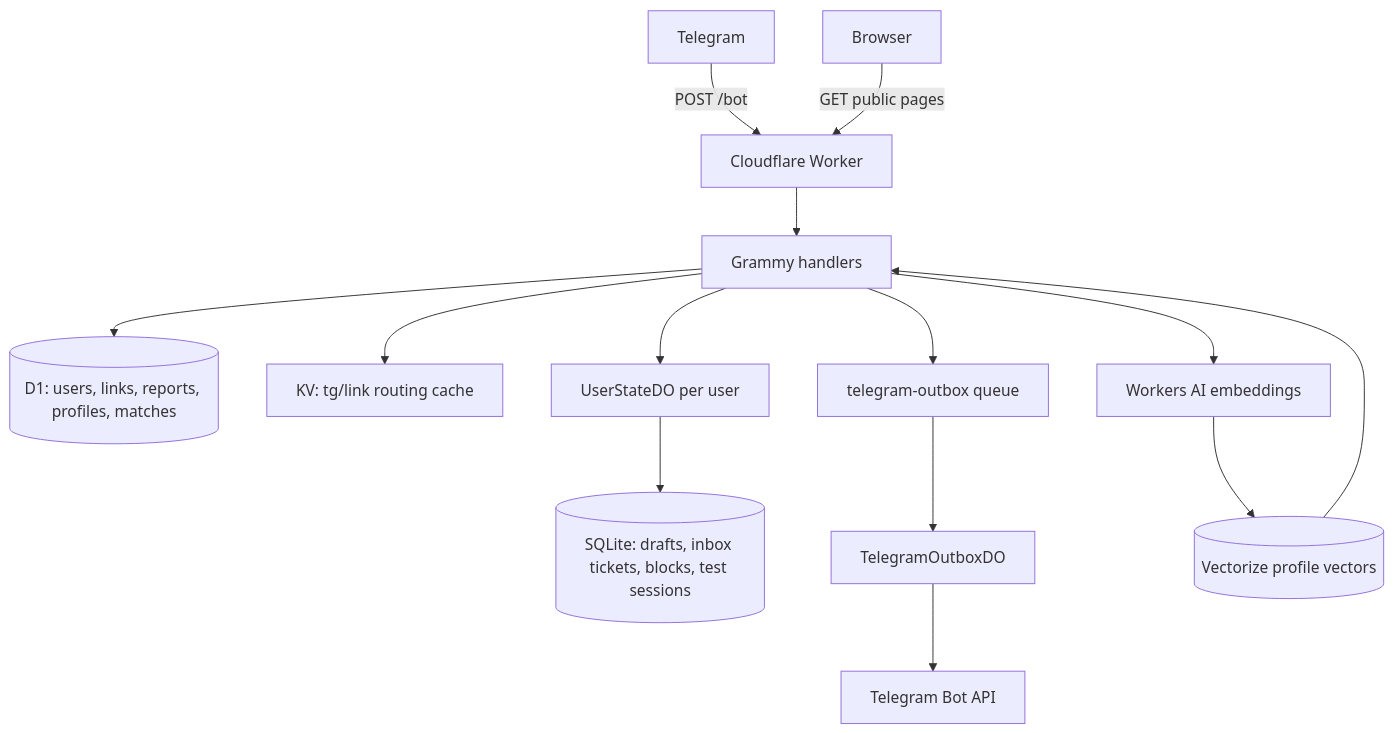
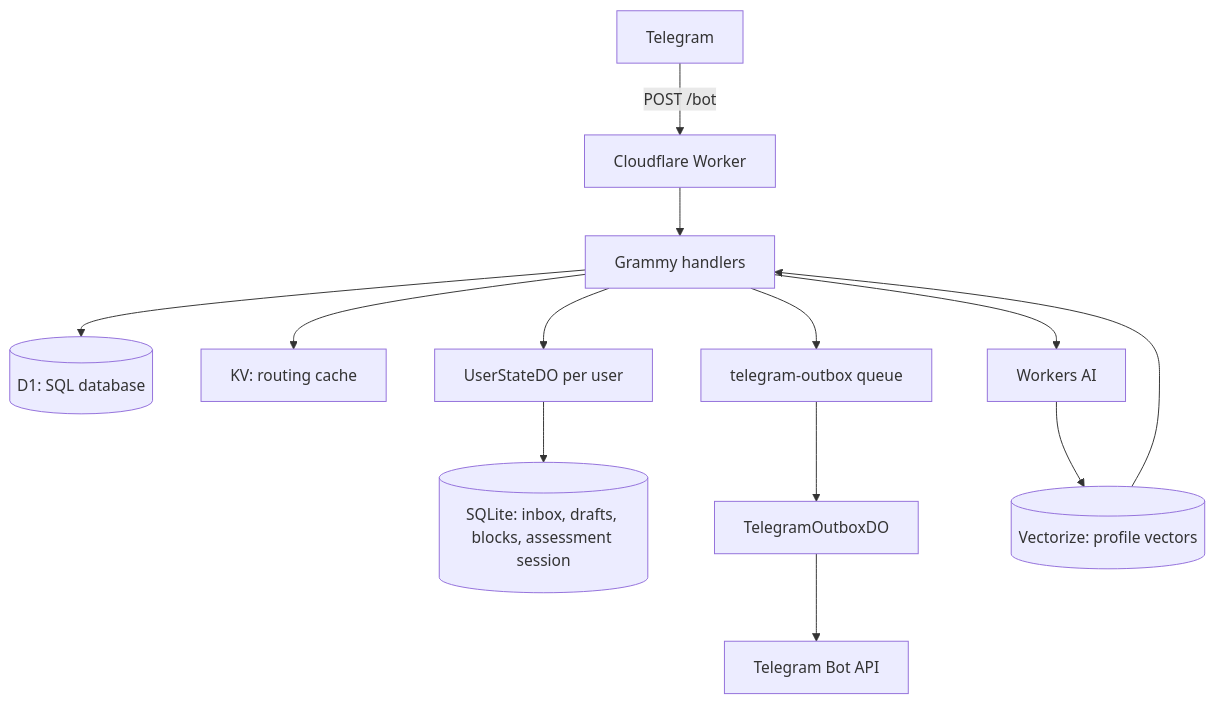
One commit to mohetios/mohetios.dev changed the first of 4 diagrams in content/fa/lab/anonymous-messaging-on-the-edge.md. Above: the diagram before and after it, drawn with Mermaid. The commit also changed other lines of this file and 31 other files, not shown here.

````diff
--- a/content/fa/lab/anonymous-messaging-on-the-edge.md
+++ b/content/fa/lab/anonymous-messaging-on-the-edge.md
@@ -108,20 +143,18 @@
 ```mermaid
 flowchart TB
   TG[Telegram] -->|POST /bot| Worker[Cloudflare Worker]
-  Browser[Browser] -->|GET public pages| Worker
+  Worker --> Grammy[Grammy handlers]
 
-  Worker --> Bot[Grammy handlers]
+  Grammy --> D1[(D1: SQL database)]
+  Grammy --> KV[KV: routing cache]
+  Grammy --> USDO[UserStateDO per user]
+  USDO --> SQLite[(SQLite: inbox, drafts, blocks, assessment session)]
 
-  Bot --> D1[(D1: users, links, reports, profiles, matches)]
-  Bot --> KV[KV: tg/link routing cache]
-  Bot --> UserState[UserStateDO per user]
-  UserState --> UserSQL[(SQLite: drafts, inbox tickets, blocks, test sessions)]
-
-  Bot --> Queue[telegram-outbox queue]
+  Grammy --> Queue[telegram-outbox queue]
   Queue --> OutboxDO[TelegramOutboxDO]
   OutboxDO --> TGAPI[Telegram Bot API]
 
-  Bot --> AI[Workers AI embeddings]
-  AI --> Vectorize[(Vectorize profile vectors)]
-  Vectorize --> Bot
+  Grammy --> AI[Workers AI]
+  AI --> Vectorize[(Vectorize: profile vectors)]
+  Vectorize --> Grammy
 ```
````
